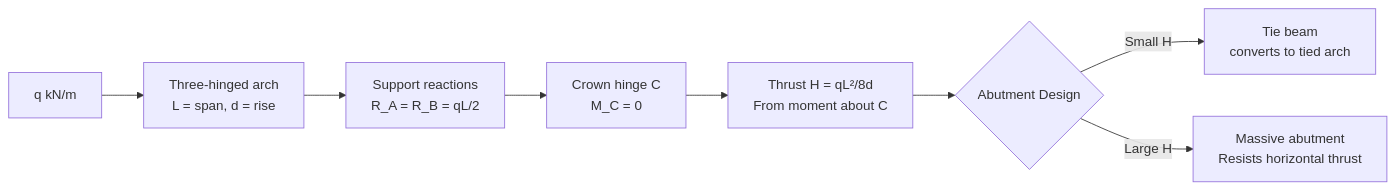
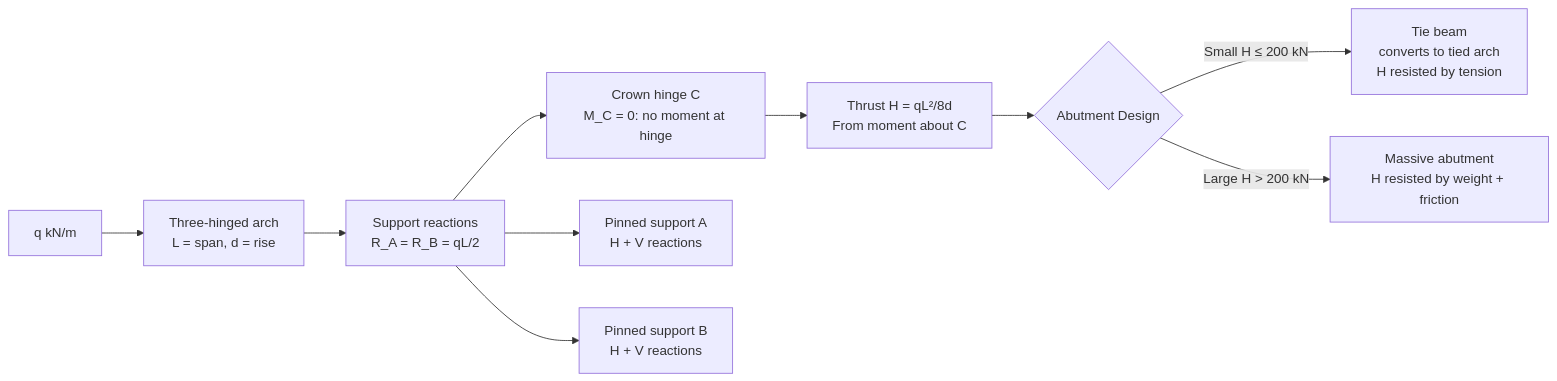
Before and after one commit to yip-lgtm/civil-bootcamp: the second of 5 diagrams in MIT_CEE_Core/Track_2_Mechanics_Materials/Structural_Design/08_1.056_Introduction_to_Structural_Design.md, drawn with Mermaid. The commit also changed other lines of this file and 8 other files, not shown here.

````diff
--- a/MIT_CEE_Core/Track_2_Mechanics_Materials/Structural_Design/08_1.056_Introduction_to_Structural_Design.md
+++ b/MIT_CEE_Core/Track_2_Mechanics_Materials/Structural_Design/08_1.056_Introduction_to_Structural_Design.md
@@ -267,10 +355,12 @@
 ```mermaid
 graph LR
     A[q kN/m] --> B[Three-hinged arch<br/>L = span, d = rise]
     B --> C[Support reactions<br/>R_A = R_B = qL/2]
-    C --> D[Crown hinge C<br/>M_C = 0]
+    C --> D[Crown hinge C<br/>M_C = 0: no moment at hinge]
     D --> E[Thrust H = qL²/8d<br/>From moment about C]
     E --> F{Abutment Design}
-    F -->|Small H| G[Tie beam<br/>converts to tied arch]
-    F -->|Large H| H[Massive abutment<br/>Resists horizontal thrust]
+    F -->|Small H ≤ 200 kN| G[Tie beam<br/>converts to tied arch<br/>H resisted by tension]
+    F -->|Large H > 200 kN| H[Massive abutment<br/>H resisted by weight + friction]
+    C --> I[Pinned support A<br/>H + V reactions]
+    C --> J[Pinned support B<br/>H + V reactions]
 ```
````
